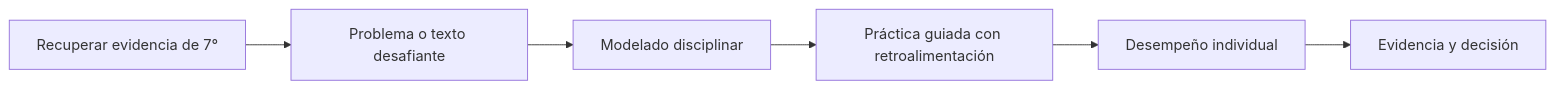
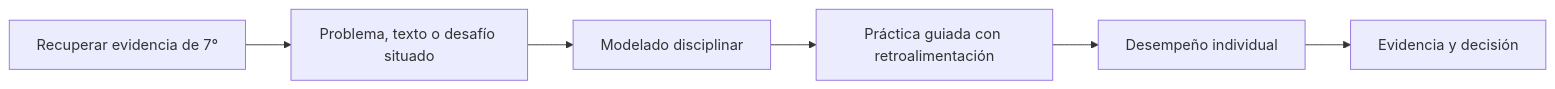
The diagram in docs/8-basico/README.md (vladimiracunadev-create/chilean-school-learning-path), drawn with Mermaid before and after one commit. The commit also changed other lines of this file and 219 other files, not shown here.

```diff
--- a/docs/8-basico/README.md
+++ b/docs/8-basico/README.md
@@ -28,8 +28,8 @@
 ~~~mermaid
 flowchart LR
-    A[Recuperar evidencia de 7°] --> B[Problema o texto desafiante]
+    A[Recuperar evidencia de 7°] --> B[Problema, texto o desafío situado]
     B --> C[Modelado disciplinar]
     C --> D[Práctica guiada con retroalimentación]
     D --> E[Desempeño individual]
     E --> F[Evidencia y decisión]
 ~~~
```
